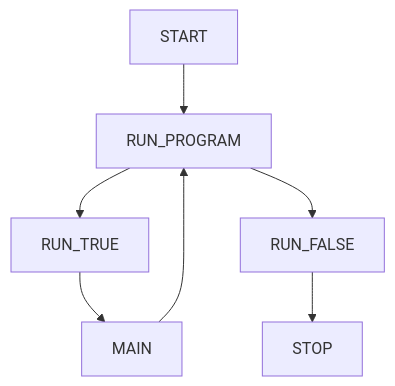
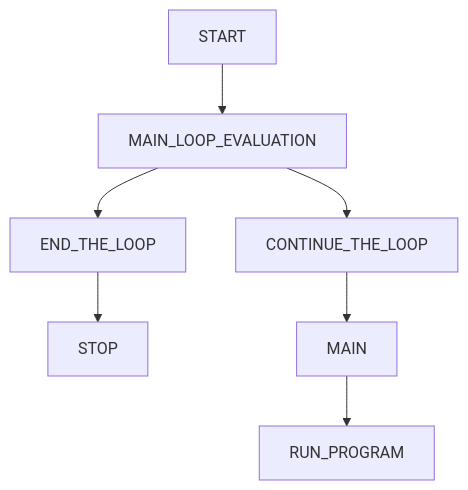
Before and after one commit to carldavidbrownjr/repo1: the second of 2 diagrams in foundation.git.markdown.md, drawn with Mermaid.

````diff
--- a/foundation.git.markdown.md
+++ b/foundation.git.markdown.md
@@ -22,9 +22,9 @@
 ```mermaid
 graph TD;
-  START-->RUN_PROGRAM;
-  RUN_PROGRAM-->RUN_TRUE;
-  RUN_PROGRAM-->RUN_FALSE; 
-  RUN_FALSE-->STOP;
-  RUN_TRUE-->MAIN;
+  START-->MAIN_LOOP_EVALUATION;
+  MAIN_LOOP_EVALUATION-->CONTINUE_THE_LOOP;
+  MAIN_LOOP_EVALUATION-->END_THE_LOOP; 
+  END_THE_LOOP-->STOP;
+  CONTINUE_THE_LOOP-->MAIN;
   MAIN-->RUN_PROGRAM;
 ```
````
